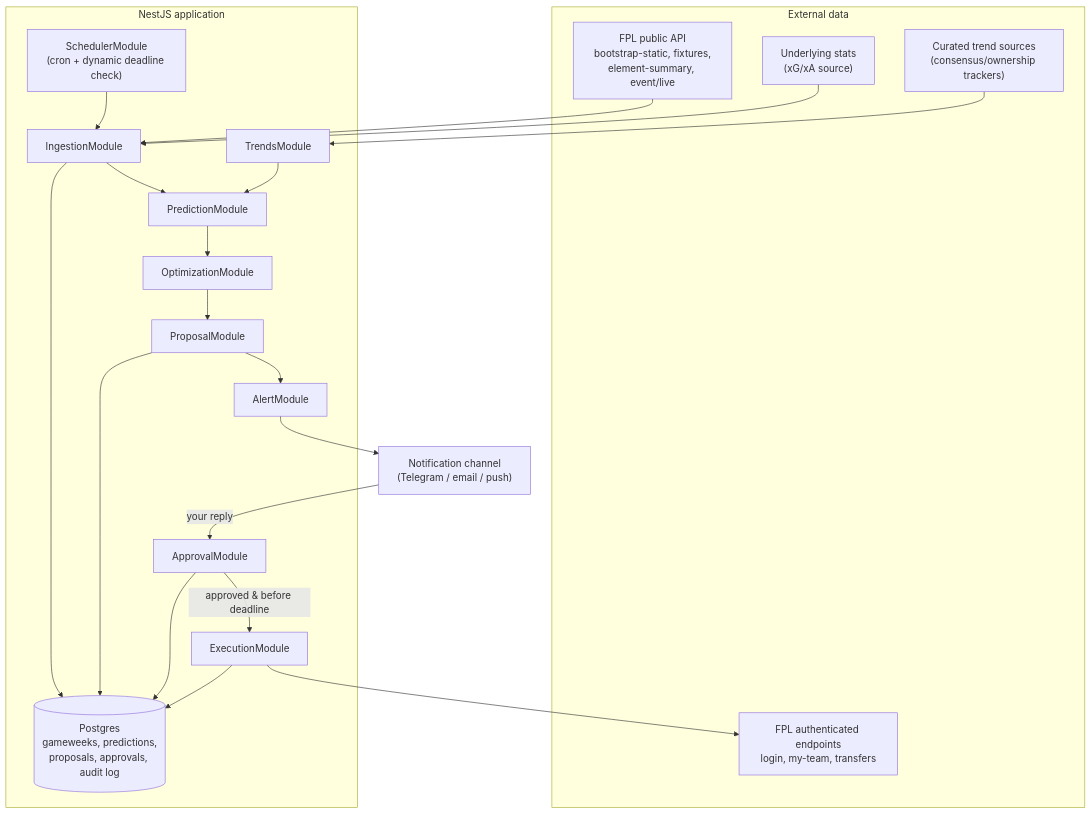
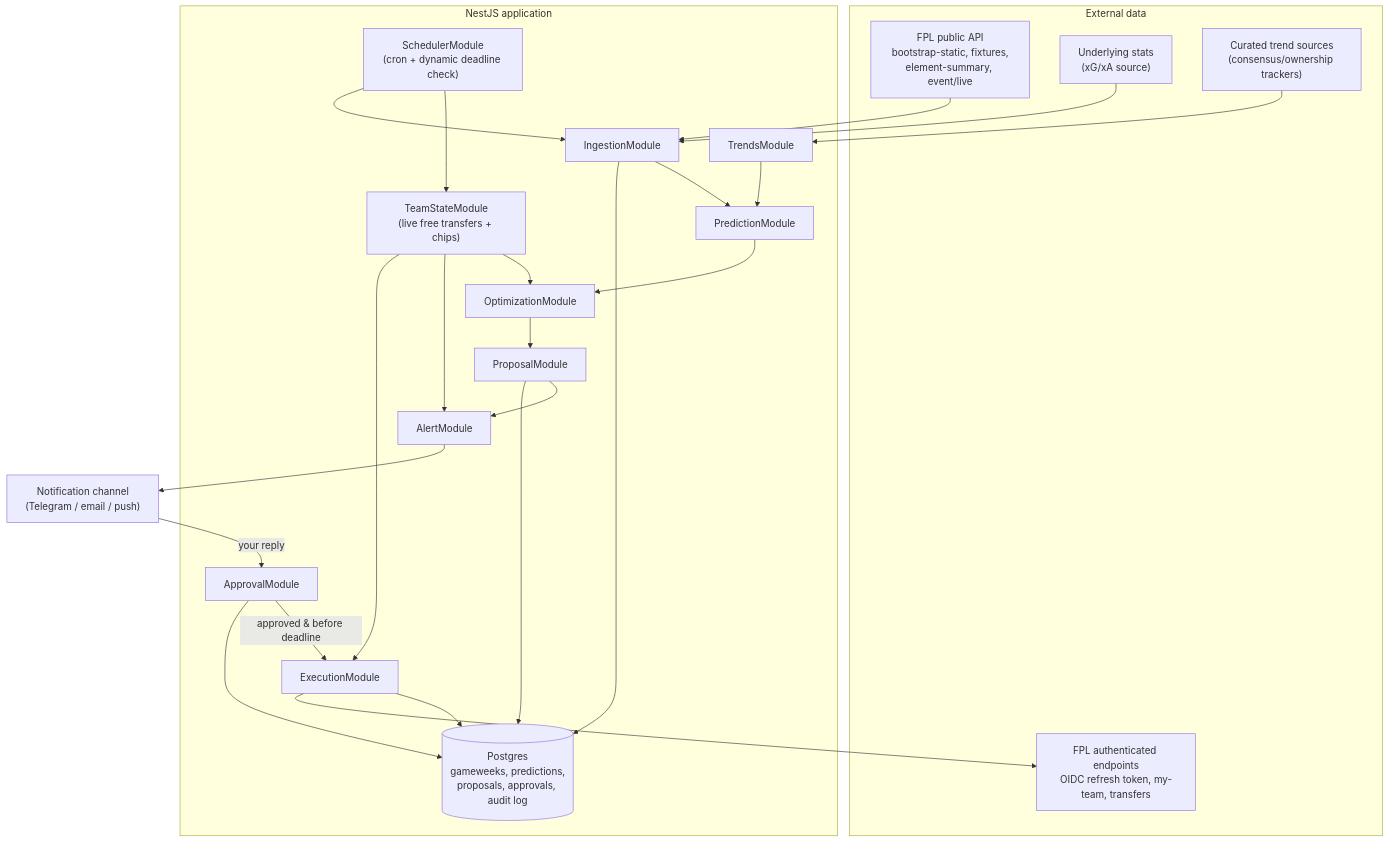
One commit to buka4rill/fpl-bot changed the first of 2 diagrams in ARCHITECTURE.md. Above: the diagram before and after it, drawn with Mermaid. The commit also changed other lines of this file, not shown here.

First line of the commit message:
docs: bring ARCHITECTURE.md up to date with TeamStateModule and OIDC auth

````diff
--- a/ARCHITECTURE.md
+++ b/ARCHITECTURE.md
@@ -20,42 +20,47 @@
 ```mermaid
 flowchart TB
     subgraph External["External data"]
         FPLPUB["FPL public API<br/>bootstrap-static, fixtures,<br/>element-summary, event/live"]
         UNDERSTAT["Underlying stats<br/>(xG/xA source)"]
         TRENDS["Curated trend sources<br/>(consensus/ownership trackers)"]
-        FPLAUTH["FPL authenticated endpoints<br/>login, my-team, transfers"]
+        FPLAUTH["FPL authenticated endpoints<br/>OIDC refresh token, my-team, transfers"]
     end
 
     subgraph Nest["NestJS application"]
         SCHED["SchedulerModule<br/>(cron + dynamic deadline check)"]
         INGEST["IngestionModule"]
         TRENDSMOD["TrendsModule"]
         PREDICT["PredictionModule"]
         OPT["OptimizationModule"]
+        TEAMSTATE["TeamStateModule<br/>(live free transfers + chips)"]
         PROPOSAL["ProposalModule"]
         ALERT["AlertModule"]
         APPROVAL["ApprovalModule"]
         EXEC["ExecutionModule"]
         DB[("Postgres<br/>gameweeks, predictions,<br/>proposals, approvals, audit log")]
     end
 
     NOTIFY["Notification channel<br/>(Telegram / email / push)"]
 
     FPLPUB --> INGEST
     UNDERSTAT --> INGEST
     TRENDS --> TRENDSMOD
     SCHED --> INGEST
+    SCHED --> TEAMSTATE
+    TEAMSTATE --> EXEC
+    TEAMSTATE --> ALERT
+    TEAMSTATE --> OPT
     INGEST --> DB
     INGEST --> PREDICT
     TRENDSMOD --> PREDICT
     PREDICT --> OPT
     OPT --> PROPOSAL
     PROPOSAL --> DB
     PROPOSAL --> ALERT
     ALERT --> NOTIFY
     NOTIFY -->|your reply| APPROVAL
     APPROVAL --> DB
     APPROVAL -->|approved & before deadline| EXEC
     EXEC --> FPLAUTH
     EXEC --> DB
 ```
````
